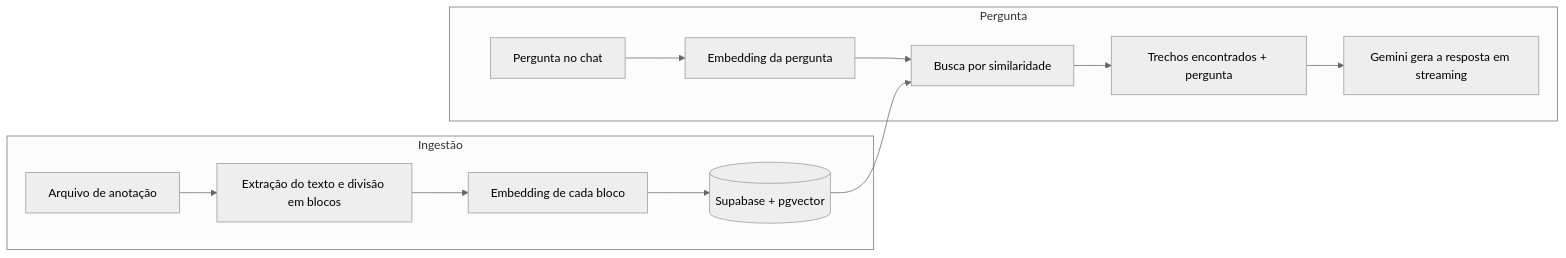
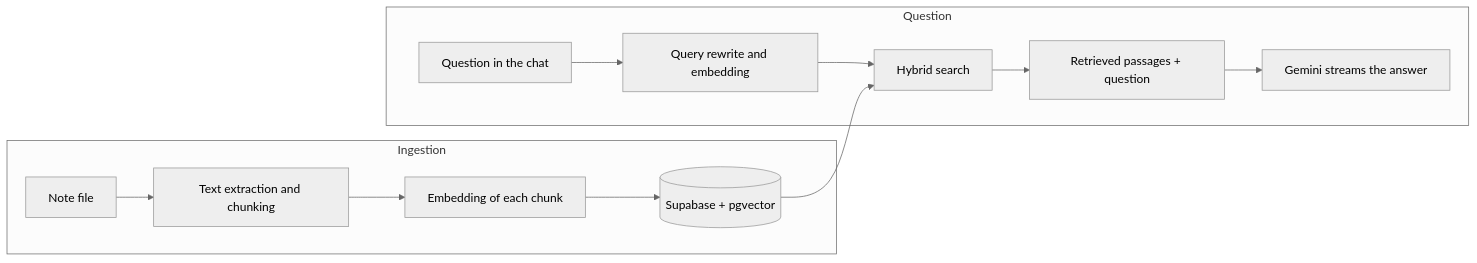
One commit to IvanCardoso91/aiChat-Notations changed the diagram in README.md. Above: the diagram before and after it, drawn with Mermaid (neutral theme). The commit also changed other lines of this file, not shown here.

````diff
--- a/README.md
+++ b/README.md
@@ -22,15 +32,15 @@
 ```mermaid
 flowchart LR
-  subgraph Ingestão
-    A[Arquivo de anotação] --> B[Extração do texto e divisão em blocos]
-    B --> C[Embedding de cada bloco]
+  subgraph Ingestion
+    A[Note file] --> B[Text extraction and chunking]
+    B --> C[Embedding of each chunk]
     C --> D[(Supabase + pgvector)]
   end
-  subgraph Pergunta
-    E[Pergunta no chat] --> F[Embedding da pergunta]
-    F --> G[Busca por similaridade]
+  subgraph Question
+    E[Question in the chat] --> F[Query rewrite and embedding]
+    F --> G[Hybrid search]
     D --> G
-    G --> H[Trechos encontrados + pergunta]
-    H --> I[Gemini gera a resposta em streaming]
+    G --> H[Retrieved passages + question]
+    H --> I[Gemini streams the answer]
   end
 ```
````
